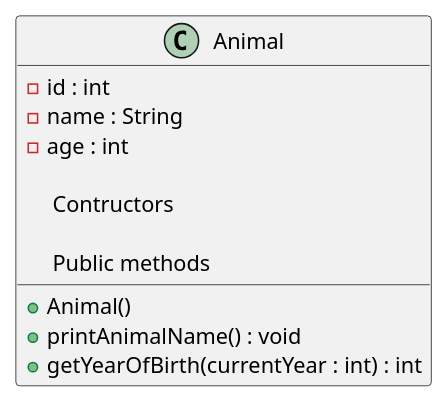
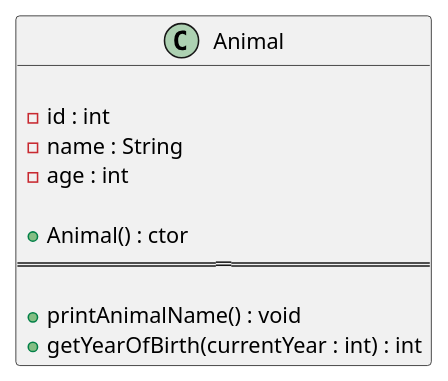
The diagram in _8_Design_Patterns/UML/Class_UML.puml (sshalem/JAVA), drawn with PlantUML before and after one commit.

```diff
--- a/_8_Design_Patterns/UML/Class_UML.puml
+++ b/_8_Design_Patterns/UML/Class_UML.puml
@@ -1,17 +1,14 @@
 @startuml
-
 class Animal {
 
 	- id : int
 	- name : String
 	- age : int
 
-    -- Contructors --
-    + Animal()
-    
-    -- Public methods --
-    + printAnimalName() : void
-	+ getYearOfBirth(currentYear : int) : int
+    + Animal() : ctor
+==================
+
+   + printAnimalName() : void
+   + getYearOfBirth(currentYear : int) : int
 }
-
 @enduml
```
